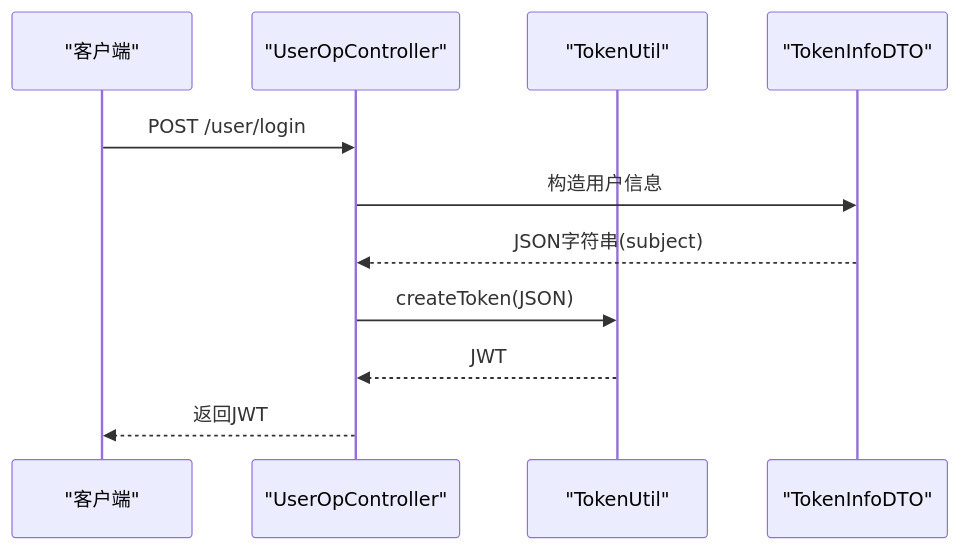
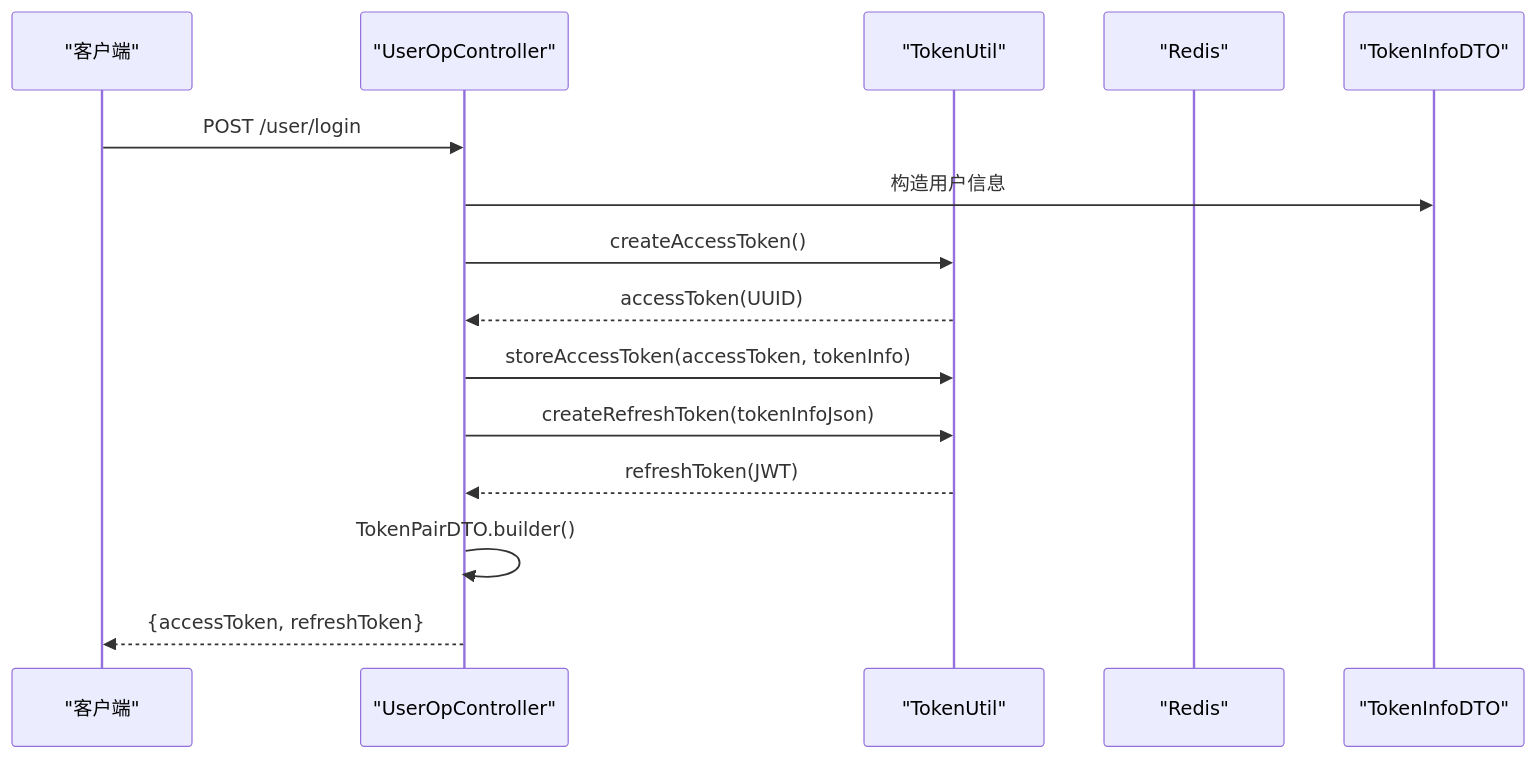
The sixth of 10 diagrams in .qoder/repowiki/zh/content/安全与认证/JWT认证机制.md (liftp/chat_simple), drawn with Mermaid before and after one commit. The commit also changed other lines of this file and 6 other files, not shown here.

````diff
--- a/.qoder/repowiki/zh/content/安全与认证/JWT认证机制.md
+++ b/.qoder/repowiki/zh/content/安全与认证/JWT认证机制.md
@@ -209,13 +269,17 @@
 ```mermaid
 sequenceDiagram
 participant Client as "客户端"
 participant Ctrl as "UserOpController"
 participant TU as "TokenUtil"
+participant Redis as "Redis"
 participant DTO as "TokenInfoDTO"
 Client->>Ctrl : POST /user/login
 Ctrl->>DTO : 构造用户信息
-DTO-->>Ctrl : JSON字符串(subject)
-Ctrl->>TU : createToken(JSON)
-TU-->>Ctrl : JWT
-Ctrl-->>Client : 返回JWT
+Ctrl->>TU : createAccessToken()
+TU-->>Ctrl : accessToken(UUID)
+Ctrl->>TU : storeAccessToken(accessToken, tokenInfo)
+Ctrl->>TU : createRefreshToken(tokenInfoJson)
+TU-->>Ctrl : refreshToken(JWT)
+Ctrl->>Ctrl : TokenPairDTO.builder()
+Ctrl-->>Client : {accessToken, refreshToken}
 ```
````
